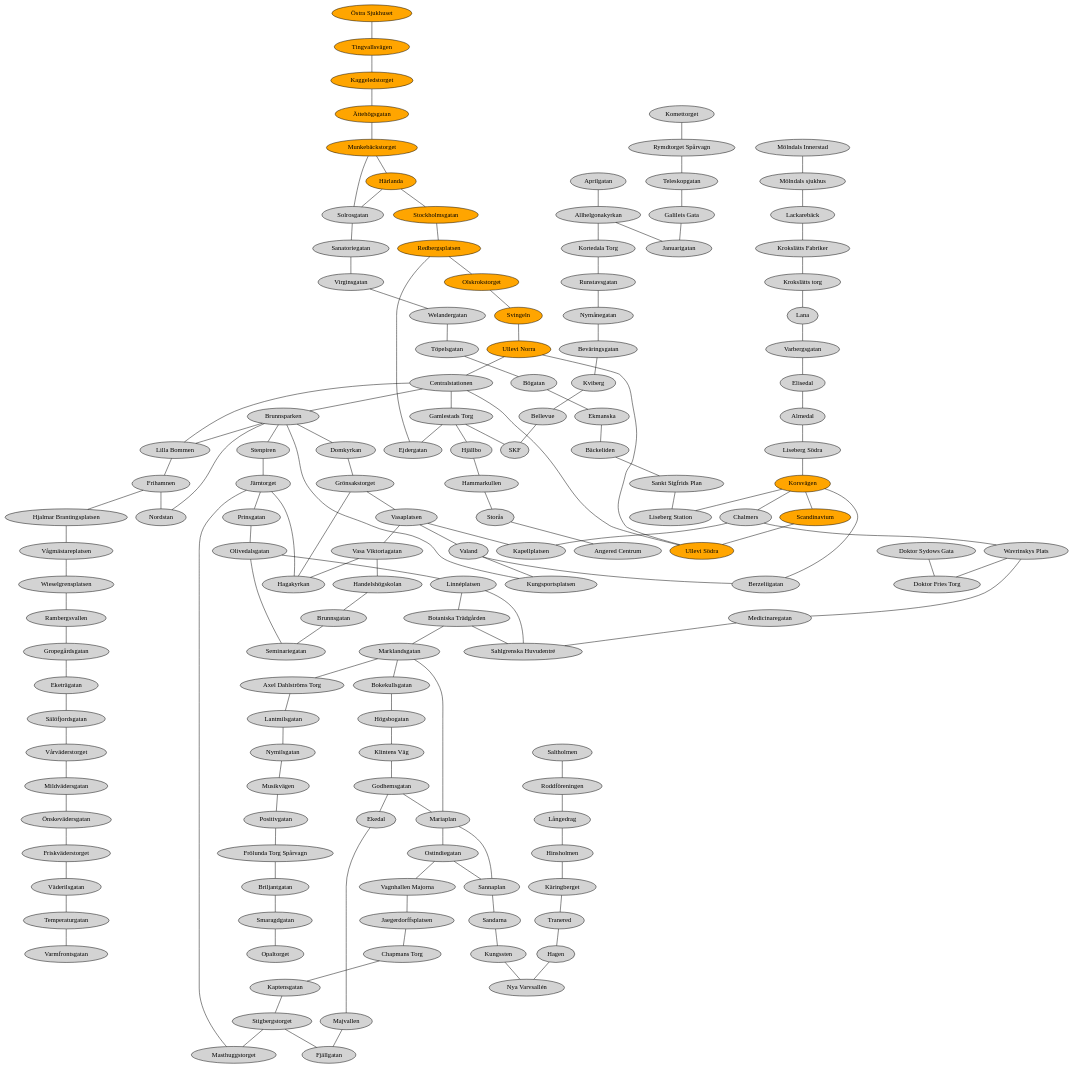
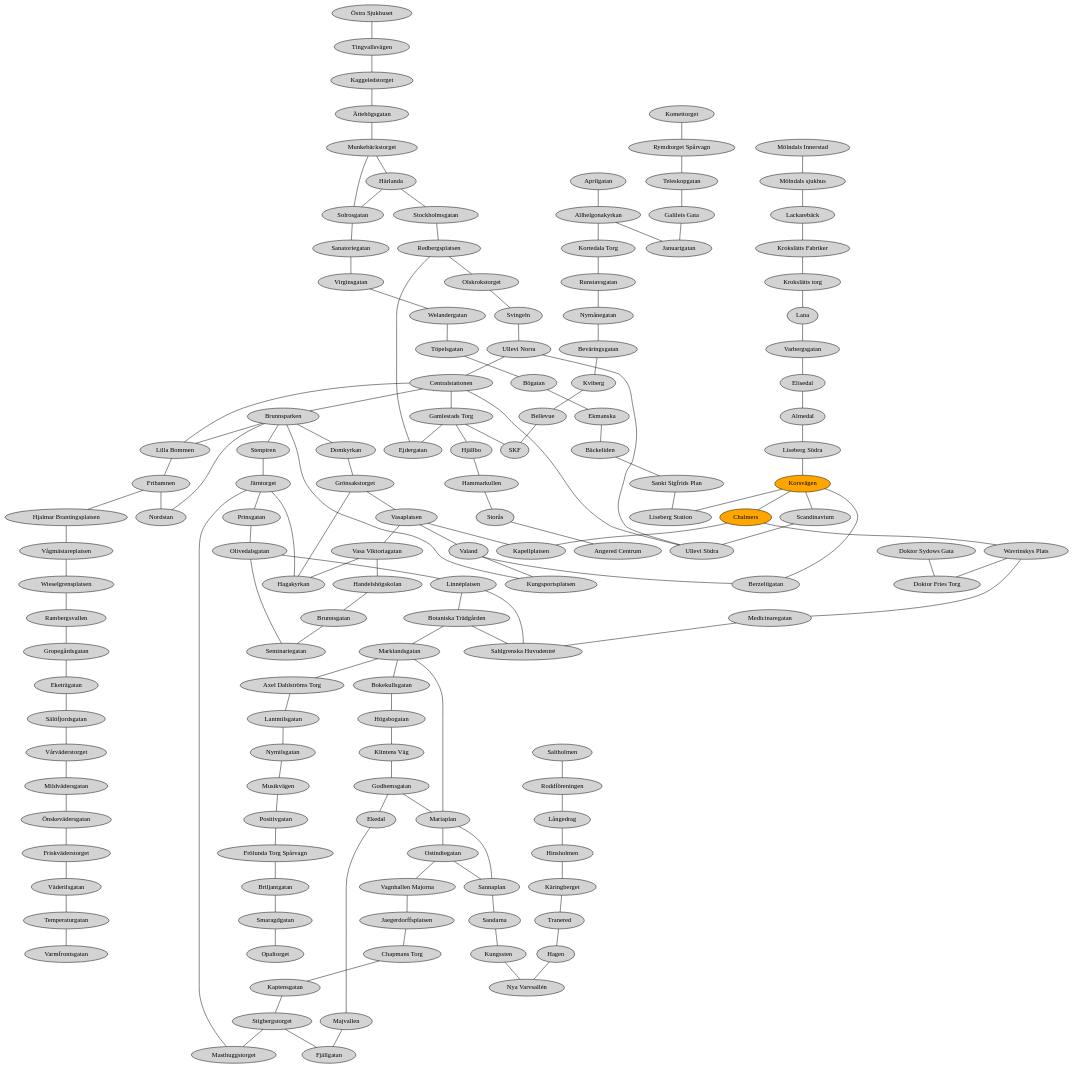
Before and after one commit to josefjakobson/DAT515_Lab1_Josef_Jakobson: the diagram in Lab2/Graph.gv, drawn with Graphviz. The commit also changed 9 other files, not shown here.

```diff
--- a/Lab2/Graph.gv
+++ b/Lab2/Graph.gv
@@ -1,15 +1,15 @@
 graph {
-	"Östra Sjukhuset" [fillcolor=orange style=filled]
-	"Tingvallsvägen" [fillcolor=orange style=filled]
-	Kaggeledstorget [fillcolor=orange style=filled]
-	"Ättehögsgatan" [fillcolor=orange style=filled]
-	"Munkebäckstorget" [fillcolor=orange style=filled]
-	"Härlanda" [fillcolor=orange style=filled]
-	Stockholmsgatan [fillcolor=orange style=filled]
-	Redbergsplatsen [fillcolor=orange style=filled]
-	Olskrokstorget [fillcolor=orange style=filled]
-	Svingeln [fillcolor=orange style=filled]
-	"Ullevi Norra" [fillcolor=orange style=filled]
+	"Östra Sjukhuset" [style=filled]
+	"Tingvallsvägen" [style=filled]
+	Kaggeledstorget [style=filled]
+	"Ättehögsgatan" [style=filled]
+	"Munkebäckstorget" [style=filled]
+	"Härlanda" [style=filled]
+	Stockholmsgatan [style=filled]
+	Redbergsplatsen [style=filled]
+	Olskrokstorget [style=filled]
+	Svingeln [style=filled]
+	"Ullevi Norra" [style=filled]
 	Centralstationen [style=filled]
 	Brunnsparken [style=filled]
 	Stenpiren [style=filled]
@@ -39,8 +39,8 @@
 	Almedal [style=filled]
 	"Liseberg Södra" [style=filled]
 	"Korsvägen" [fillcolor=orange style=filled]
-	Scandinavium [fillcolor=orange style=filled]
-	"Ullevi Södra" [fillcolor=orange style=filled]
+	Scandinavium [style=filled]
+	"Ullevi Södra" [style=filled]
 	Domkyrkan [style=filled]
 	"Grönsakstorget" [style=filled]
 	Vasaplatsen [style=filled]
@@ -105,7 +105,7 @@
 	Bellevue [style=filled]
 	SKF [style=filled]
 	Ejdergatan [style=filled]
-	Chalmers [style=filled]
+	Chalmers [fillcolor=orange style=filled]
 	"Wavrinskys Plats" [style=filled]
 	Medicinaregatan [style=filled]
 	"Sahlgrenska Huvudentré" [style=filled]
```
